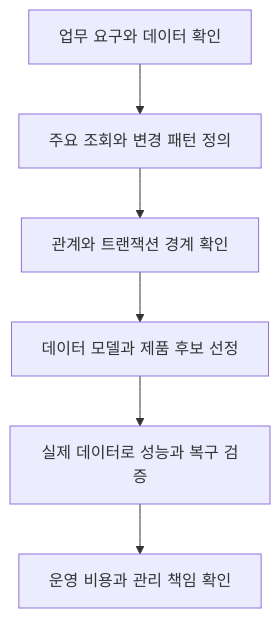
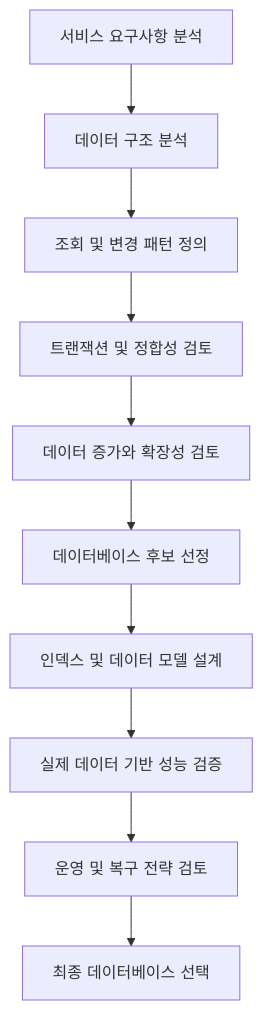
Before and after one commit to ysiksik/ysiksik.github.io: the ninth of 9 diagrams in _posts/study/smart-learning-ent/nosql-mongodb-easy-for-anyone-to-learn/2026-11-03-understanding-nosql.md, drawn with Mermaid. The commit also changed other lines of this file and 10 other files, not shown here.

````diff
--- a/_posts/study/smart-learning-ent/nosql-mongodb-easy-for-anyone-to-learn/2026-11-03-understanding-nosql.md
+++ b/_posts/study/smart-learning-ent/nosql-mongodb-easy-for-anyone-to-learn/2026-11-03-understanding-nosql.md
@@ -513,8 +2273,23 @@
 ```mermaid
 flowchart TD
-    A["업무 요구와 데이터 확인"] --> B["주요 조회와 변경 패턴 정의"]
-    B --> C["관계와 트랜잭션 경계 확인"]
-    C --> D["데이터 모델과 제품 후보 선정"]
-    D --> E["실제 데이터로 성능과 복구 검증"]
-    E --> F["운영 비용과 관리 책임 확인"]
+    A["서비스 요구사항 분석"]
+    B["데이터 구조 분석"]
+    C["조회 및 변경 패턴 정의"]
+    D["트랜잭션 및 정합성 검토"]
+    E["데이터 증가와 확장성 검토"]
+    F["데이터베이스 후보 선정"]
+    G["인덱스 및 데이터 모델 설계"]
+    H["실제 데이터 기반 성능 검증"]
+    I["운영 및 복구 전략 검토"]
+    J["최종 데이터베이스 선택"]
+
+    A --> B
+    B --> C
+    C --> D
+    D --> E
+    E --> F
+    F --> G
+    G --> H
+    H --> I
+    I --> J
 ```
````
